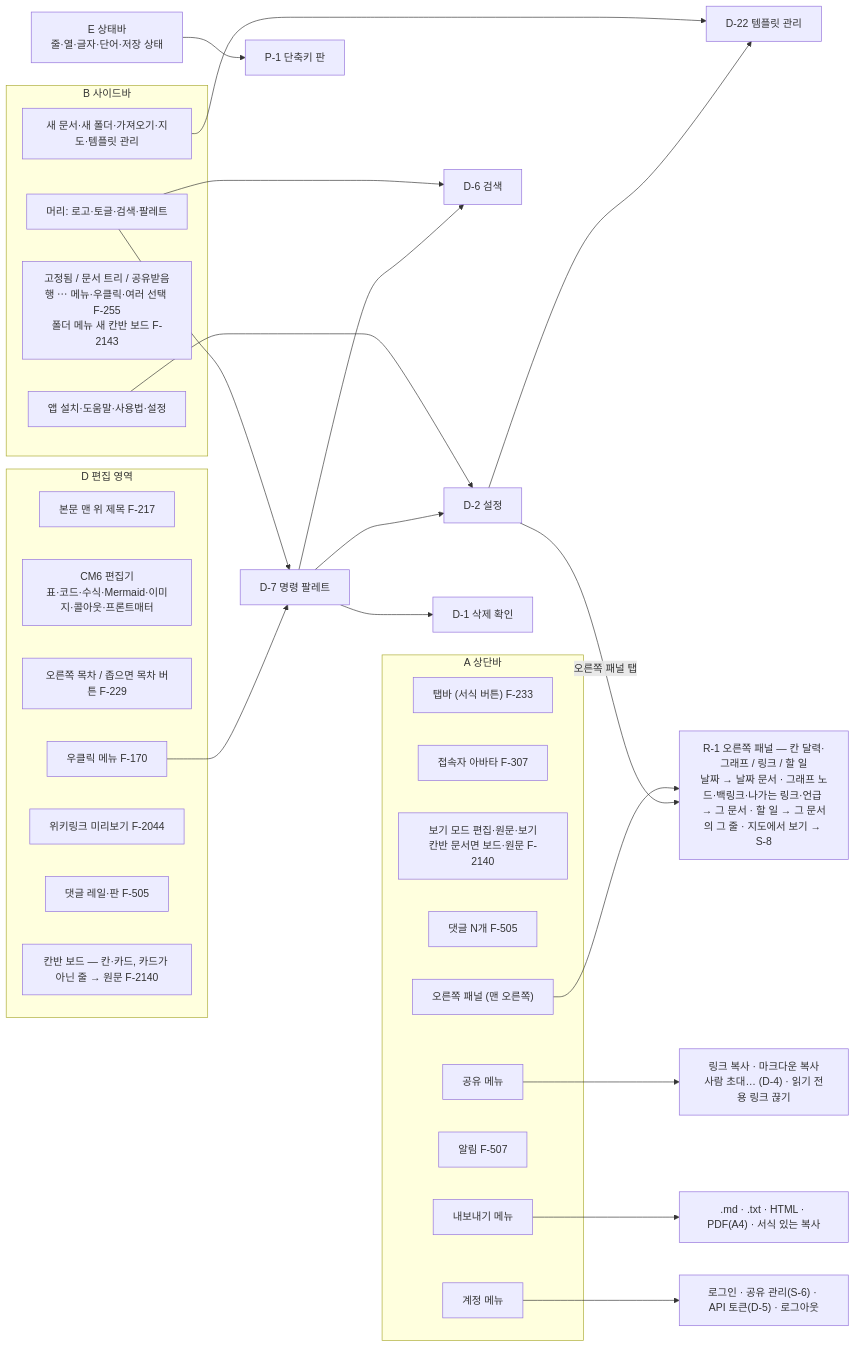
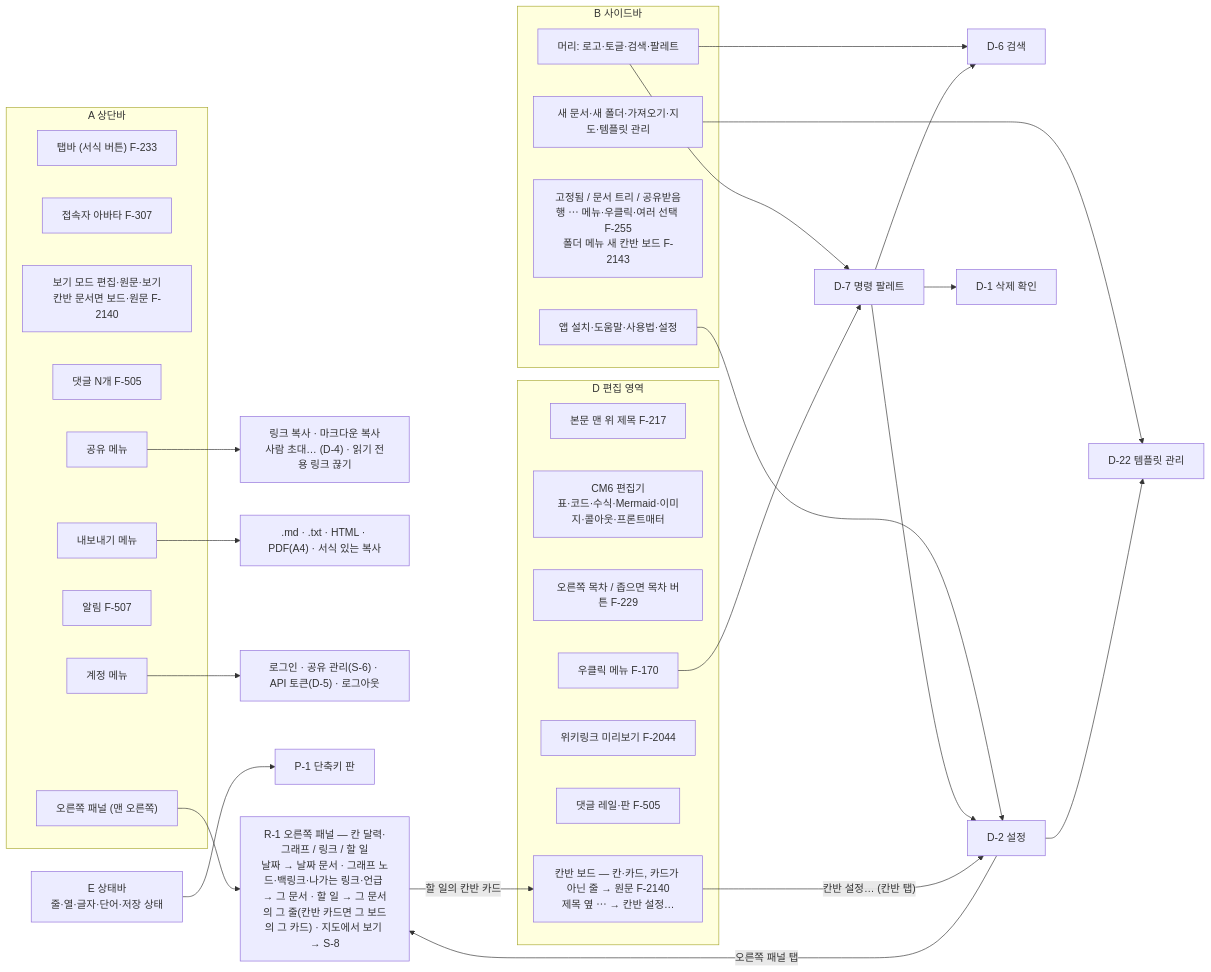
One commit to R00neyj/rawdoc changed the third of 5 diagrams in specs/map.md. Above: the diagram before and after it, drawn with Mermaid. The commit also changed other lines of this file and 30 other files, not shown here.

````diff
--- a/specs/map.md
+++ b/specs/map.md
@@ -68,46 +68,48 @@
 ```mermaid
 flowchart LR
   subgraph A["A 상단바"]
     A1["탭바 (서식 버튼) F-233"]
     A2["접속자 아바타 F-307"]
     A3["보기 모드 편집·원문·보기<br/>칸반 문서면 보드·원문 F-2140"]
     A4["댓글 N개 F-505"]
     A5["공유 메뉴"]
     A6["내보내기 메뉴"]
     A7["알림 F-507"]
     A8["계정 메뉴"]
     A9["오른쪽 패널 (맨 오른쪽)"]
   end
   subgraph B["B 사이드바"]
     B1["머리: 로고·토글·검색·팔레트"]
     B2["새 문서·새 폴더·가져오기·지도·템플릿 관리"]
     B3["고정됨 / 문서 트리 / 공유받음<br/>행 ⋯ 메뉴·우클릭·여러 선택 F-255<br/>폴더 메뉴 새 칸반 보드 F-2143"]
     B4["앱 설치·도움말·사용법·설정"]
   end
   subgraph D["D 편집 영역"]
     D1["본문 맨 위 제목 F-217"]
     D2["CM6 편집기<br/>표·코드·수식·Mermaid·이미지·콜아웃·프론트매터"]
     D3["오른쪽 목차 / 좁으면 목차 버튼 F-229"]
     D4["우클릭 메뉴 F-170"]
     D5["위키링크 미리보기 F-2044"]
     D6["댓글 레일·판 F-505"]
-    D7["칸반 보드 — 칸·카드, 카드가 아닌 줄 → 원문 F-2140"]
+    D7["칸반 보드 — 칸·카드, 카드가 아닌 줄 → 원문 F-2140<br/>제목 옆 ⋯ → 칸반 설정…"]
   end
   E["E 상태바<br/>줄·열·글자·단어·저장 상태"]
 
   A5 --> share["링크 복사 · 마크다운 복사<br/>사람 초대… (D-4) · 읽기 전용 링크 끊기"]
   A6 --> export[".md · .txt · HTML · PDF(A4) · 서식 있는 복사"]
   A8 --> account["로그인 · 공유 관리(S-6) · API 토큰(D-5) · 로그아웃"]
   B1 --> D6dlg["D-6 검색"]
   B1 --> D7dlg["D-7 명령 팔레트"]
   B4 --> D2dlg["D-2 설정"]
   B2 --> D22dlg["D-22 템플릿 관리"]
   D2dlg --> D22dlg
   D4 --> D7dlg
   D7dlg --> D1dlg["D-1 삭제 확인"]
   D7dlg --> D2dlg
   D7dlg --> D6dlg
   E --> P1["P-1 단축키 판"]
-  A9 --> R1["R-1 오른쪽 패널 — 칸 달력·그래프 / 링크 / 할 일<br/>날짜 → 날짜 문서 · 그래프 노드·백링크·나가는 링크·언급 → 그 문서 · 할 일 → 그 문서의 그 줄 · 지도에서 보기 → S-8"]
+  A9 --> R1["R-1 오른쪽 패널 — 칸 달력·그래프 / 링크 / 할 일<br/>날짜 → 날짜 문서 · 그래프 노드·백링크·나가는 링크·언급 → 그 문서 · 할 일 → 그 문서의 그 줄(칸반 카드면 그 보드의 그 카드) · 지도에서 보기 → S-8"]
   D2dlg -- "오른쪽 패널 탭" --> R1
+  D7 -- "칸반 설정… (칸반 탭)" --> D2dlg
+  R1 -- "할 일의 칸반 카드" --> D7
 ```
````
